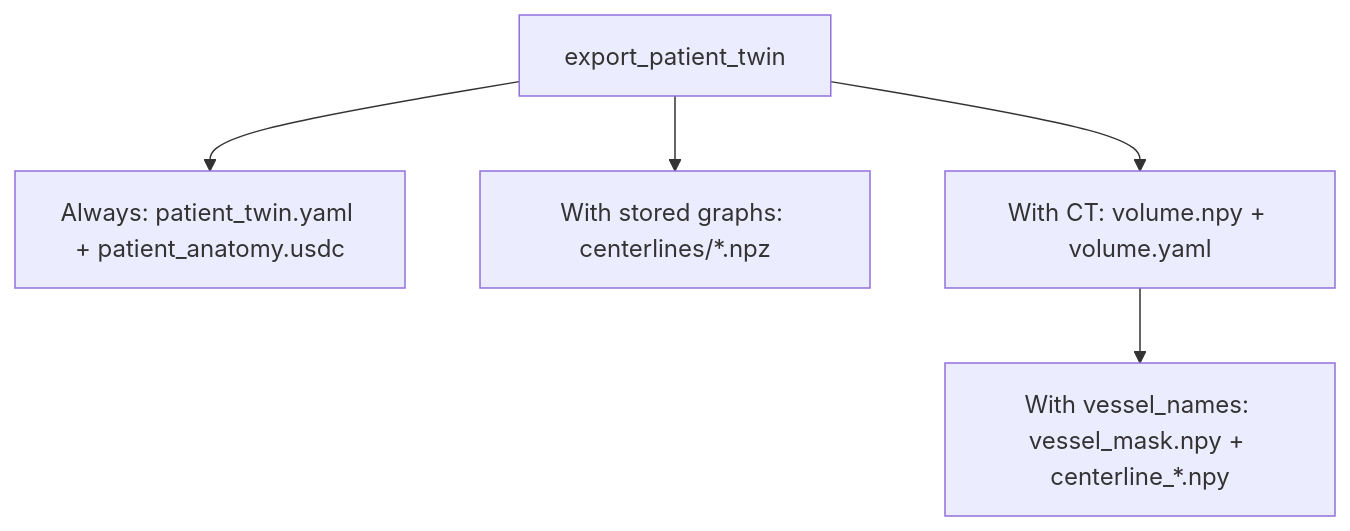
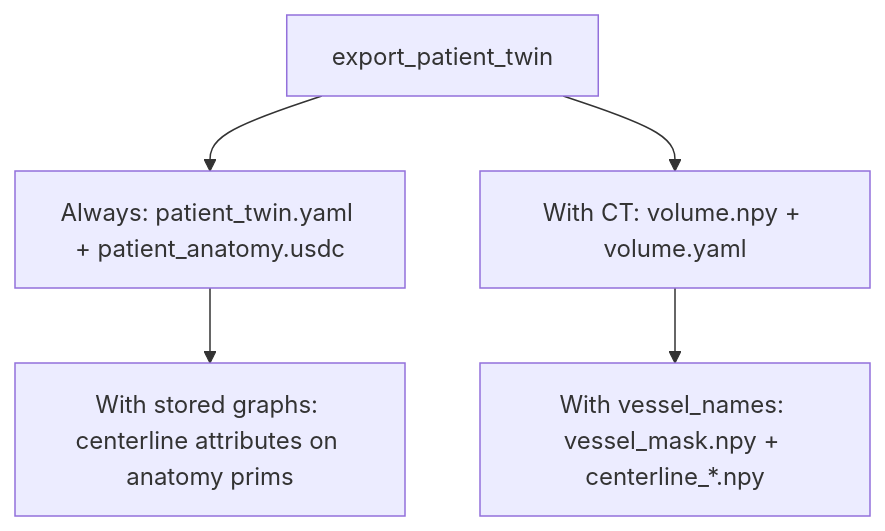
The second of 2 diagrams in patient-digital-twin/README.md (isaac-for-healthcare/i4h-digital-twin), drawn with Mermaid before and after one commit. The commit also changed other lines of this file and 35 other files, not shown here.

````diff
--- a/patient-digital-twin/README.md
+++ b/patient-digital-twin/README.md
@@ -97,7 +97,7 @@
 ```mermaid
 flowchart TD
     E["export_patient_twin"] --> A["Always: patient_twin.yaml + patient_anatomy.usdc"]
-    E --> G["With stored graphs: centerlines/*.npz"]
+    A --> G["With stored graphs: centerline attributes on anatomy prims"]
     E --> T["With CT: volume.npy + volume.yaml"]
     T --> V["With vessel_names: vessel_mask.npy + centerline_*.npy"]
 ```
````
